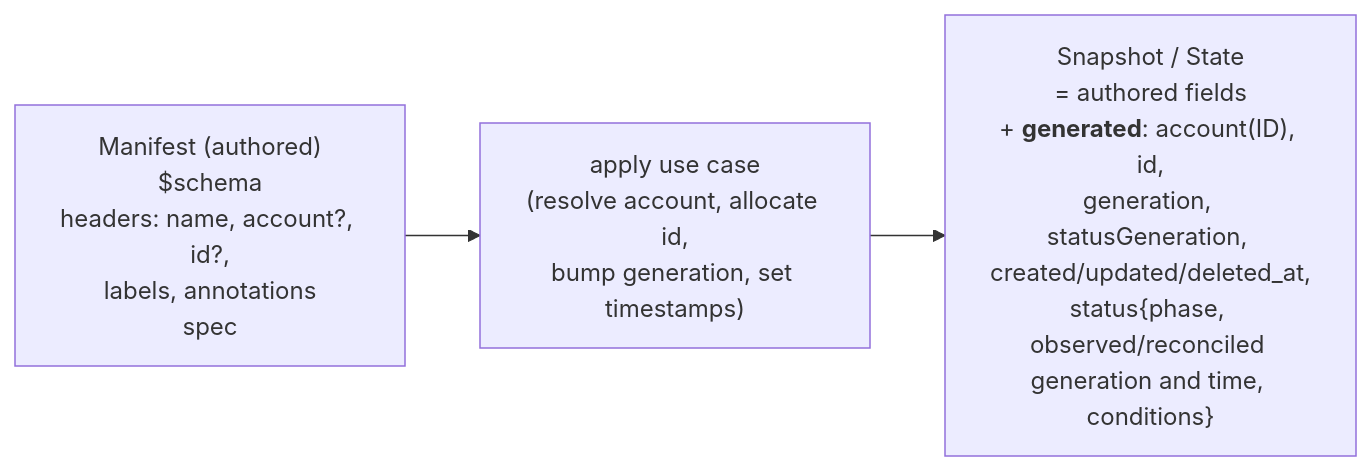
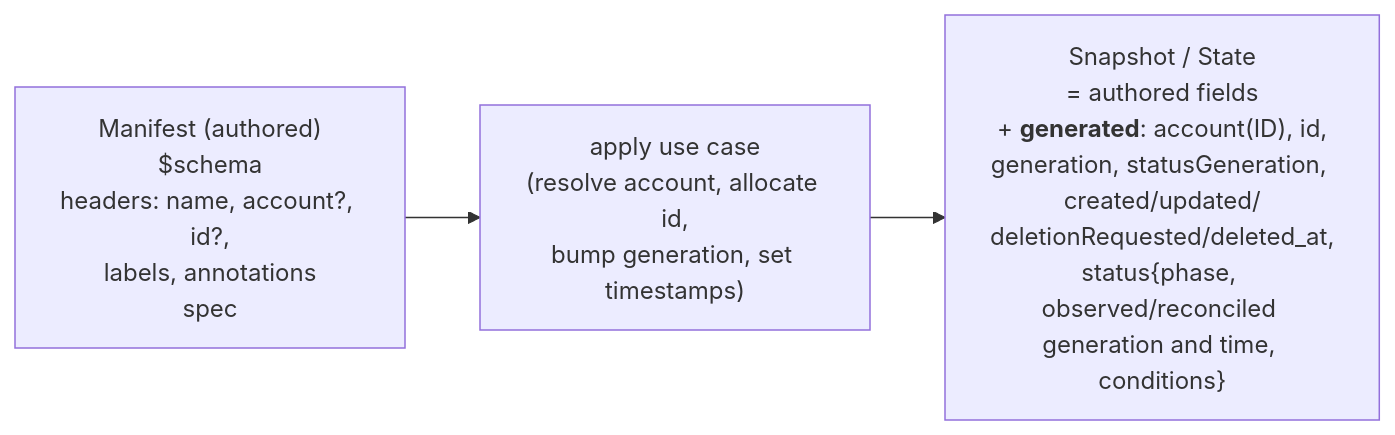
The diagram in docs/internal/resources-anatomy.md (kamu-data/kamu-cli), drawn with Mermaid before and after one commit. The commit also changed other lines of this file and 213 other files, not shown here.

````diff
--- a/docs/internal/resources-anatomy.md
+++ b/docs/internal/resources-anatomy.md
@@ -242,7 +242,7 @@
 ```mermaid
 flowchart LR
     M["Manifest (authored)<br/>$schema<br/>headers: name, account?, id?,<br/>labels, annotations<br/>spec"]
     A["apply use case<br/>(resolve account, allocate id,<br/>bump generation, set timestamps)"]
-    S["Snapshot / State<br/>= authored fields<br/>+ <b>generated</b>: account(ID), id,<br/>generation, statusGeneration, created/updated/deleted_at,<br/>status{phase, observed/reconciled generation and time, conditions}"]
+    S["Snapshot / State<br/>= authored fields<br/>+ <b>generated</b>: account(ID), id,<br/>generation, statusGeneration, created/updated/<br/>deletionRequested/deleted_at,<br/>status{phase, observed/reconciled generation and time, conditions}"]
     M --> A --> S
 ```
````
